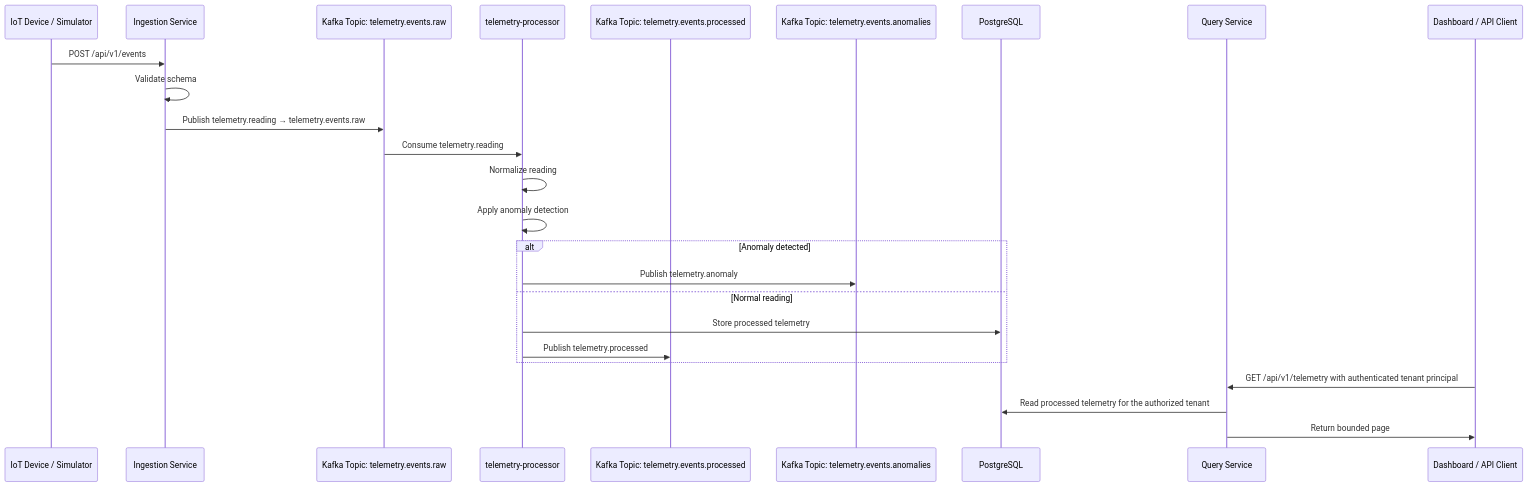
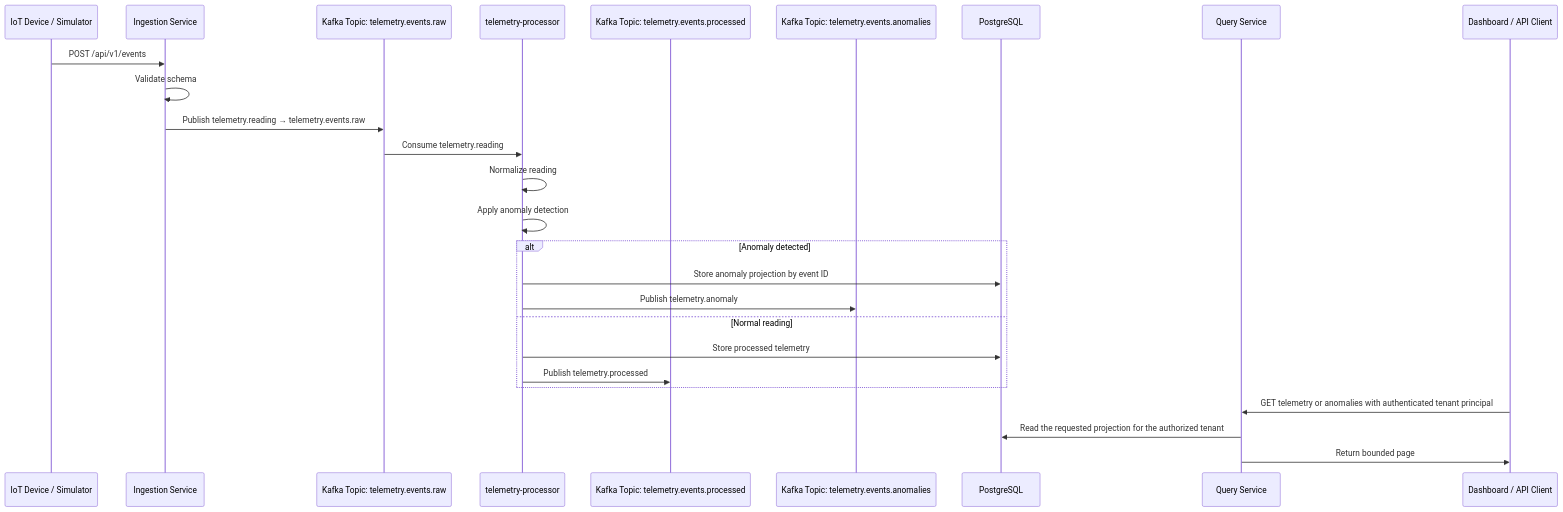
The diagram in docs/diagrams/event-flow.md (ME-Massine/pulsestream), drawn with Mermaid before and after one commit. The commit also changed other lines of this file and 44 other files, not shown here.

Commit message:
feat(anomalies): persist and query detected anomalies (#357)

````diff
--- a/docs/diagrams/event-flow.md
+++ b/docs/diagrams/event-flow.md
@@ -5,28 +5,29 @@
 ```mermaid
 sequenceDiagram
     participant Device as IoT Device / Simulator
     participant Ingestion as Ingestion Service
     participant Kafka as Kafka Topic: telemetry.events.raw
     participant Processor as telemetry-processor
     participant Processed as Kafka Topic: telemetry.events.processed
     participant Anomalies as Kafka Topic: telemetry.events.anomalies
     participant DB as PostgreSQL
     participant Query as Query Service
     participant Dashboard as Dashboard / API Client
 
     Device->>Ingestion: POST /api/v1/events
     Ingestion->>Ingestion: Validate schema
     Ingestion->>Kafka: Publish telemetry.reading → telemetry.events.raw
     Kafka->>Processor: Consume telemetry.reading
     Processor->>Processor: Normalize reading
     Processor->>Processor: Apply anomaly detection
     alt Anomaly detected
+        Processor->>DB: Store anomaly projection by event ID
         Processor->>Anomalies: Publish telemetry.anomaly
     else Normal reading
         Processor->>DB: Store processed telemetry
         Processor->>Processed: Publish telemetry.processed
     end
-    Dashboard->>Query: GET /api/v1/telemetry with authenticated tenant principal
-    Query->>DB: Read processed telemetry for the authorized tenant
+    Dashboard->>Query: GET telemetry or anomalies with authenticated tenant principal
+    Query->>DB: Read the requested projection for the authorized tenant
     Query->>Dashboard: Return bounded page
 ```
````
